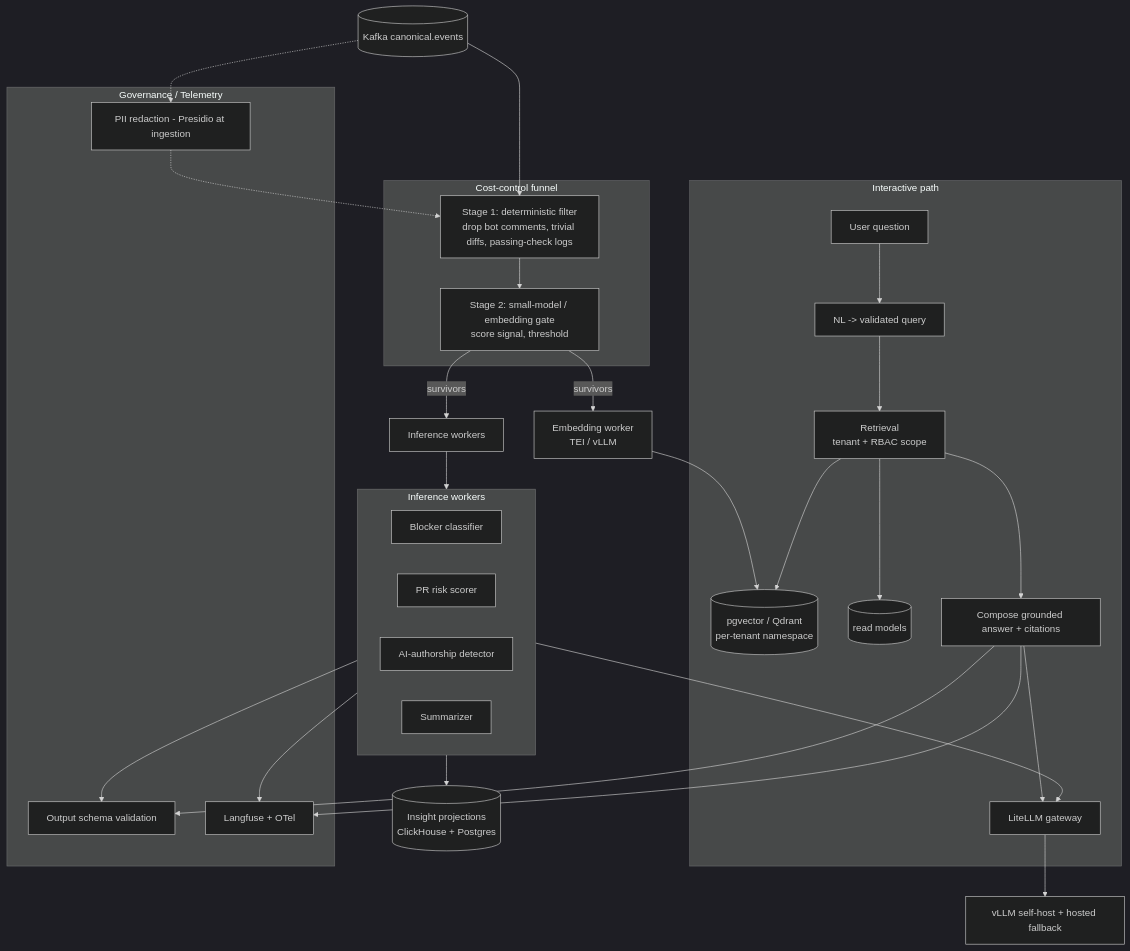
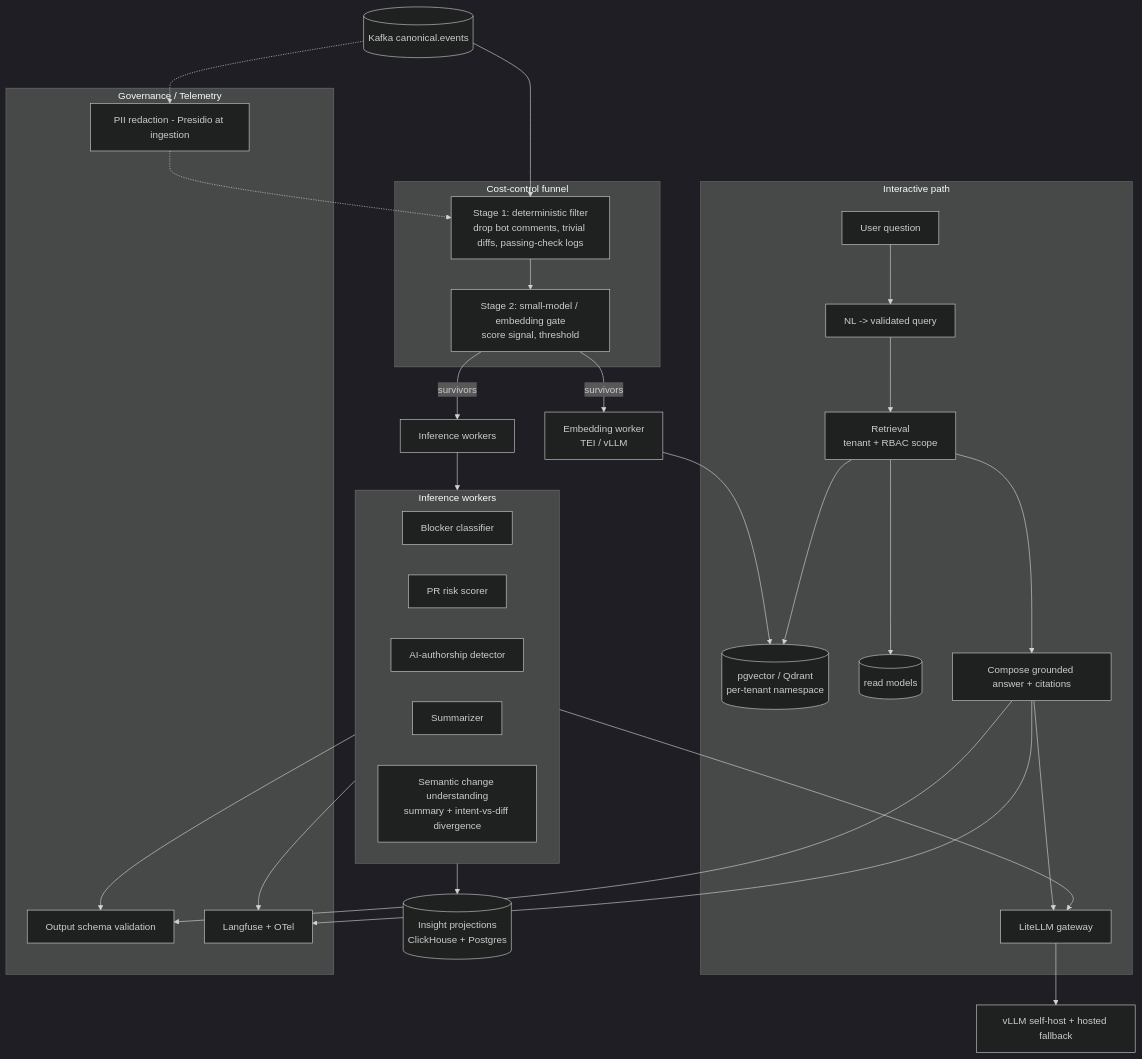
The first of 2 diagrams in docs/AI-ARCHITECTURE.md (rishav91/dev-intel-platform), drawn with Mermaid (dark theme) before and after one commit. The commit also changed other lines of this file and 8 other files, not shown here.

Commit message:
docs: add "AI earns its place" principle (ADR-011) + intent-vs-diff divergence feature

````diff
--- a/docs/AI-ARCHITECTURE.md
+++ b/docs/AI-ARCHITECTURE.md
@@ -9,47 +11,48 @@
 ```mermaid
 flowchart TB
     K[(Kafka canonical.events)] --> F1
 
     subgraph FUNNEL[Cost-control funnel]
         F1[Stage 1: deterministic filter<br/>drop bot comments, trivial diffs, passing-check logs]
         F2[Stage 2: small-model / embedding gate<br/>score signal, threshold]
         F1 --> F2
     end
 
     F2 -->|survivors| EMB[Embedding worker<br/>TEI / vLLM]
     F2 -->|survivors| INF[Inference workers]
 
     subgraph WORKERS[Inference workers]
         BL[Blocker classifier]
         RS[PR risk scorer]
         AIA[AI-authorship detector]
         SUM[Summarizer]
+        SCU[Semantic change understanding<br/>summary + intent-vs-diff divergence]
     end
     INF --> WORKERS
 
     EMB --> VEC[(pgvector / Qdrant<br/>per-tenant namespace)]
     WORKERS --> GW[LiteLLM gateway]
     GW --> LLM[vLLM self-host + hosted fallback]
     WORKERS --> PROJ[(Insight projections<br/>ClickHouse + Postgres)]
 
     subgraph CHAT[Interactive path]
         Q[User question] --> NLQ[NL -> validated query]
         NLQ --> RET[Retrieval<br/>tenant + RBAC scope]
         RET --> VEC
         RET --> RM[(read models)]
         RET --> COMPOSE[Compose grounded answer + citations]
         COMPOSE --> GW
     end
 
     subgraph GOV[Governance / Telemetry]
         PII[PII redaction - Presidio at ingestion]
         VAL[Output schema validation]
         TEL[Langfuse + OTel]
     end
 
     K -.-> PII -.-> F1
     WORKERS --> VAL
     COMPOSE --> VAL
     WORKERS --> TEL
     COMPOSE --> TEL
 ```
````
